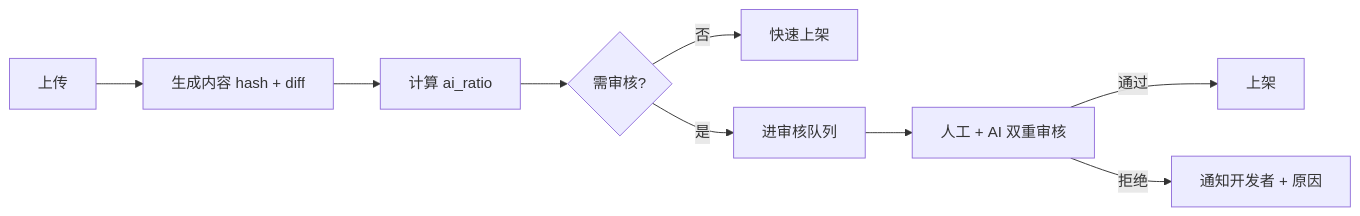
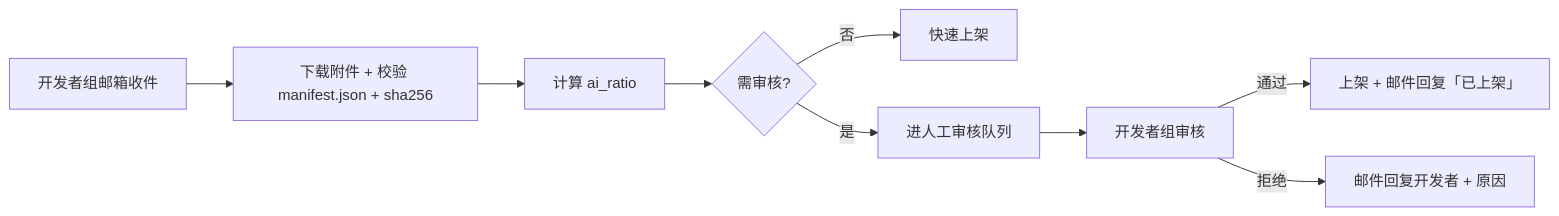
One commit to XiJian-Development-Group/XiJian changed diagram 17 of 18 in docs/Dev. Function List功能清单v2.md. Above: the diagram before and after it, drawn with Mermaid. The commit also changed other lines of this file and 5 other files, not shown here.

````diff
--- a/docs/Dev. Function List功能清单v2.md
+++ b/docs/Dev. Function List功能清单v2.md
@@ -1696,11 +1834,11 @@
   ```mermaid
   flowchart LR
-      Upload[上传] --> Hash[生成内容 hash + diff]
-      Hash --> Ratio[计算 ai_ratio]
+      Mail[开发者组邮箱收件] --> Open[下载附件 + 校验 manifest.json + sha256]
+      Open --> Ratio[计算 ai_ratio]
       Ratio --> Need{需审核?}
       Need -- 否 --> Fast[快速上架]
-      Need -- 是 --> Queue[进审核队列]
-      Queue --> Review[人工 + AI 双重审核]
-      Review -- 通过 --> Live[上架]
-      Review -- 拒绝 --> Notif[通知开发者 + 原因]
+      Need -- 是 --> Queue[进人工审核队列]
+      Queue --> Review[开发者组审核]
+      Review -- 通过 --> Live[上架 + 邮件回复「已上架」]
+      Review -- 拒绝 --> Notif[邮件回复开发者 + 原因]
   ```
````
